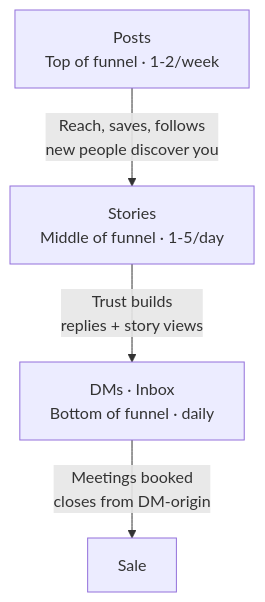
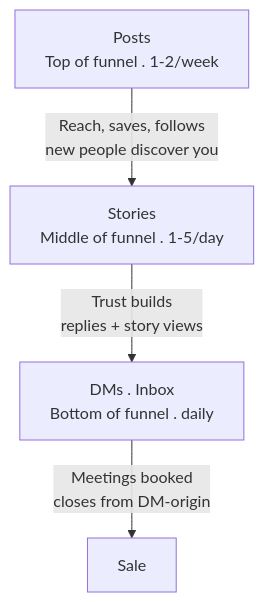
Before and after one commit to leotansingapore/aia-product-compass-hub: the first of 3 diagrams in docs/first-60-days/week-7/day-42.md, drawn with Mermaid. The commit also changed other lines of this file and 75 other files, not shown here.

````diff
--- a/docs/first-60-days/week-7/day-42.md
+++ b/docs/first-60-days/week-7/day-42.md
@@ -51,9 +51,9 @@
 ```mermaid
 flowchart TD
-    P["Posts<br/>Top of funnel · 1-2/week"]
-    S["Stories<br/>Middle of funnel · 1-5/day"]
-    D["DMs · Inbox<br/>Bottom of funnel · daily"]
+    P["Posts<br/>Top of funnel . 1-2/week"]
+    S["Stories<br/>Middle of funnel . 1-5/day"]
+    D["DMs . Inbox<br/>Bottom of funnel . daily"]
     P -->|"Reach, saves, follows<br/>new people discover you"| S
     S -->|"Trust builds<br/>replies + story views"| D
     D -->|"Meetings booked<br/>closes from DM-origin"| CLOSE["Sale"]
 ```
````
